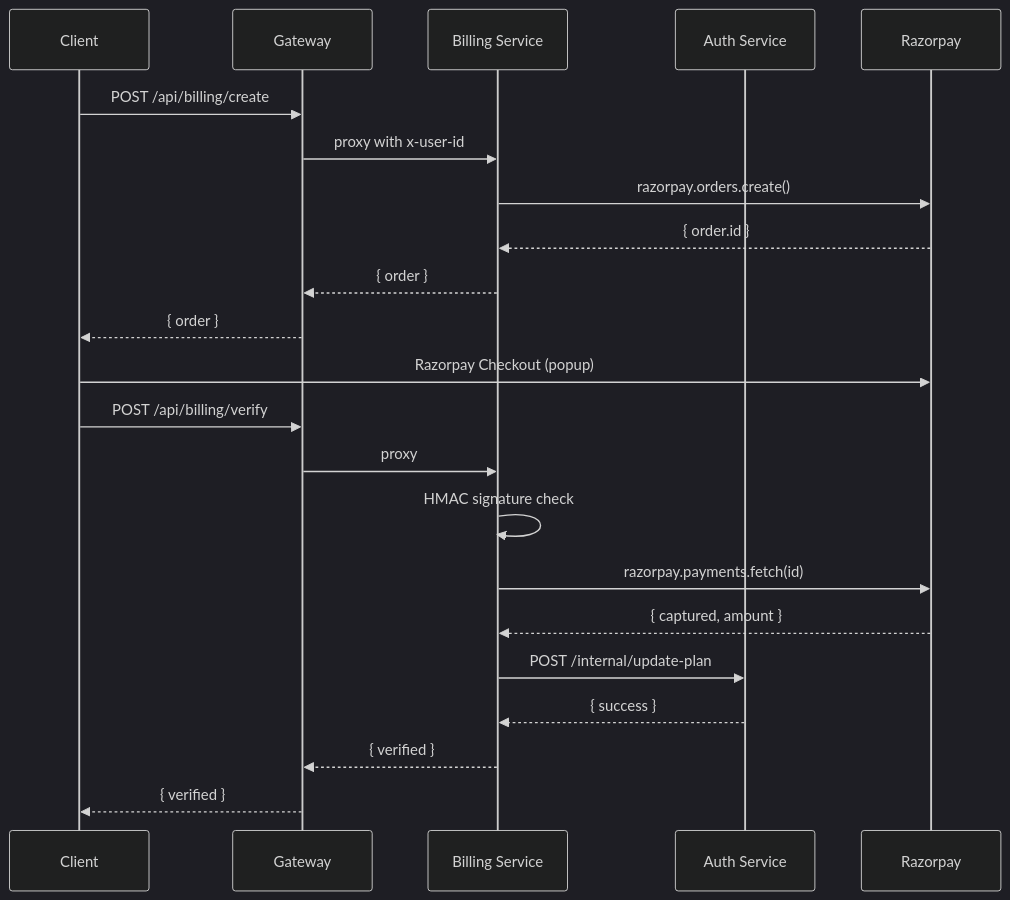
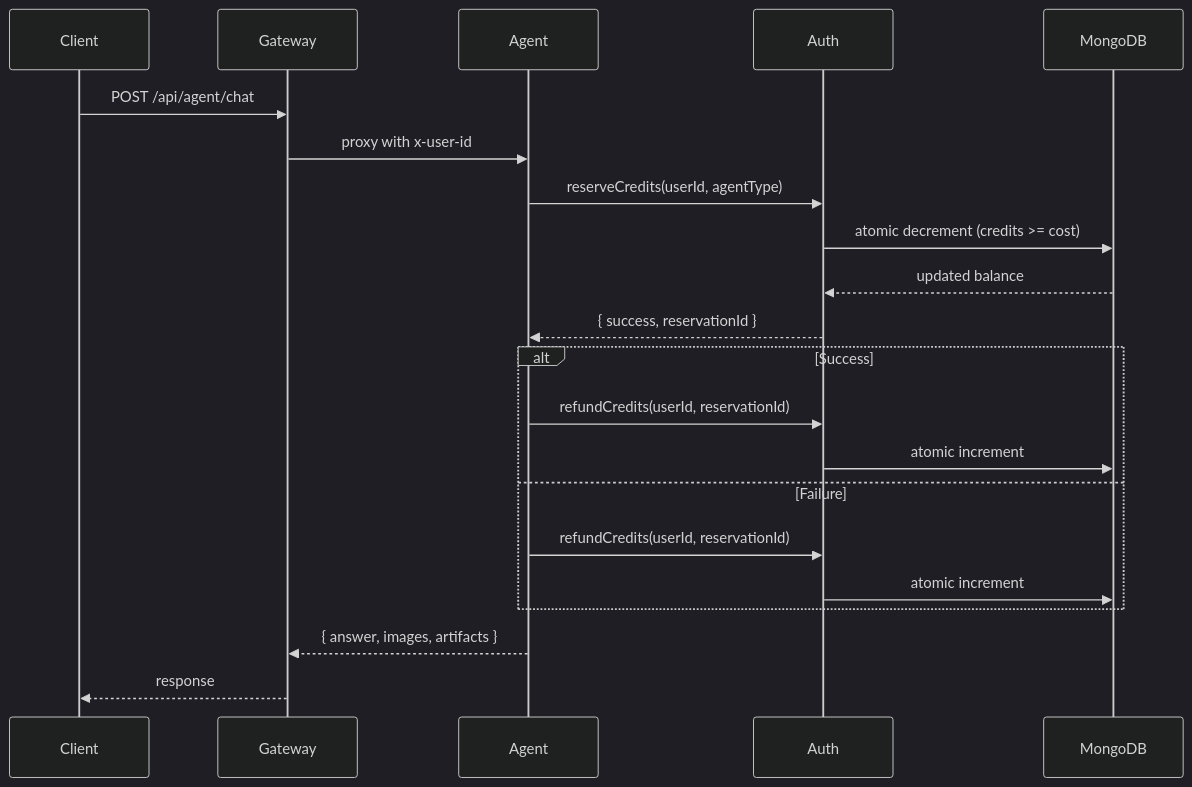
One commit to VamshiApex-07/Cotex_AI changed the fourth of 8 diagrams in README.md. Above: the diagram before and after it, drawn with Mermaid (dark theme). The commit also changed other lines of this file, not shown here.

Commit message:
docs: update README with enhanced architecture diagrams, tech stack details, and feature descriptions

````diff
--- a/README.md
+++ b/README.md
@@ -239,26 +182,26 @@
 ```mermaid
 sequenceDiagram
-    participant C as Client
-    participant G as Gateway
-    participant B as Billing Service
-    participant A as Auth Service
-    participant R as Razorpay
+    participant Client
+    participant Gateway
+    participant Agent
+    participant Auth
+    participant MongoDB
 
-    C->>G: POST /api/billing/create
-    G->>B: proxy with x-user-id
-    B->>R: razorpay.orders.create()
-    R-->>B: { order.id }
-    B-->>G: { order }
-    G-->>C: { order }
+    Client->>Gateway: POST /api/agent/chat
+    Gateway->>Agent: proxy with x-user-id
+    Agent->>Auth: reserveCredits(userId, agentType)
+    Auth->>MongoDB: atomic decrement (credits >= cost)
+    MongoDB-->>Auth: updated balance
+    Auth-->>Agent: { success, reservationId }
 
-    C->>R: Razorpay Checkout (popup)
-    C->>G: POST /api/billing/verify
-    G->>B: proxy
-    B->>B: HMAC signature check
-    B->>R: razorpay.payments.fetch(id)
-    R-->>B: { captured, amount }
-    B->>A: POST /internal/update-plan
-    A-->>B: { success }
-    B-->>G: { verified }
-    G-->>C: { verified }
+    alt Success
+        Agent->>Auth: refundCredits(userId, reservationId)
+        Auth->>MongoDB: atomic increment
+    else Failure
+        Agent->>Auth: refundCredits(userId, reservationId)
+        Auth->>MongoDB: atomic increment
+    end
+
+    Agent-->>Gateway: { answer, images, artifacts }
+    Gateway-->>Client: response
 ```
````
